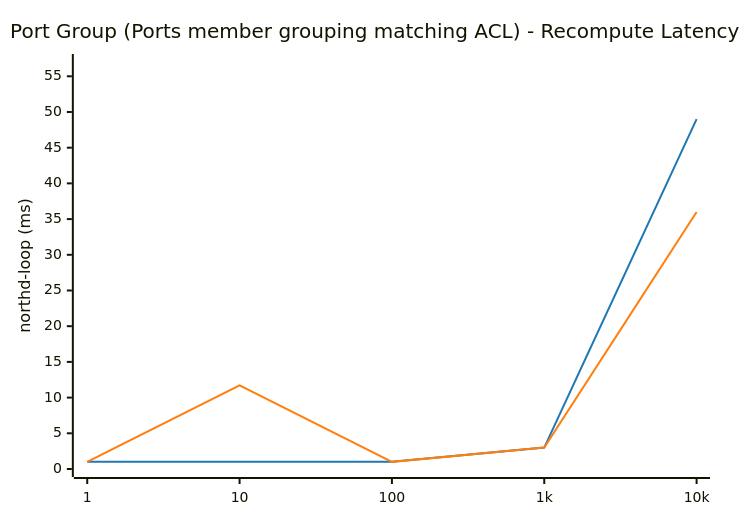
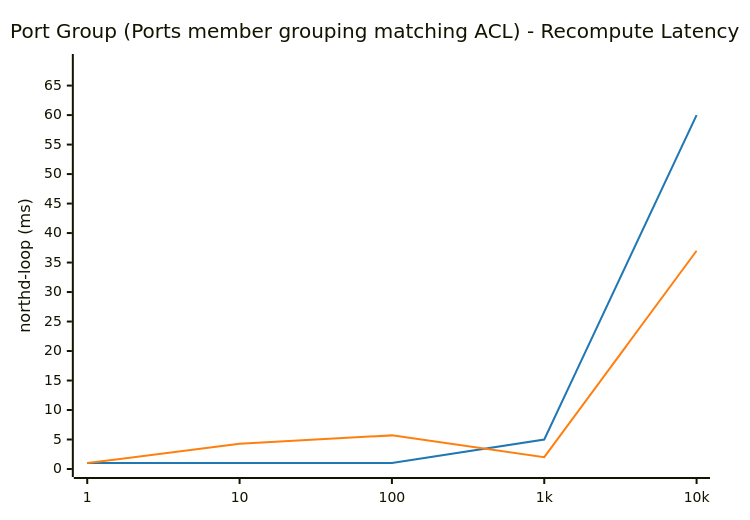
One commit to LionelJouin/ovs-ovn-bench changed the seventh of 16 diagrams in results/BENCHMARK_REPORT.md. Above: the diagram before and after it, drawn with Mermaid. The commit also changed other lines of this file and 1 other file, not shown here.

````diff
--- a/results/BENCHMARK_REPORT.md
+++ b/results/BENCHMARK_REPORT.md
@@ -365,14 +365,14 @@
 ```mermaid
 ---
 config:
     themeVariables:
         xyChart:
             plotColorPalette: "#1f77b4, #ff7f0e"
 ---
 xychart-beta
     title "Port Group (Ports member grouping matching ACL) - Recompute Latency"
     x-axis ["1", "10", "100", "1k", "10k"]
-    y-axis "northd-loop (ms)" 0 --> 57
-    line "glibc malloc" [1.0, 1.0, 1.0, 3.0, 49.0]
-    line "jemalloc" [1.0, 11.7, 1.0, 3.0, 36.0]
+    y-axis "northd-loop (ms)" 0 --> 69
+    line "glibc malloc" [1.0, 1.0, 1.0, 5.0, 60.0]
+    line "jemalloc" [1.0, 4.3, 5.7, 2.0, 37.0]
 ```
````
